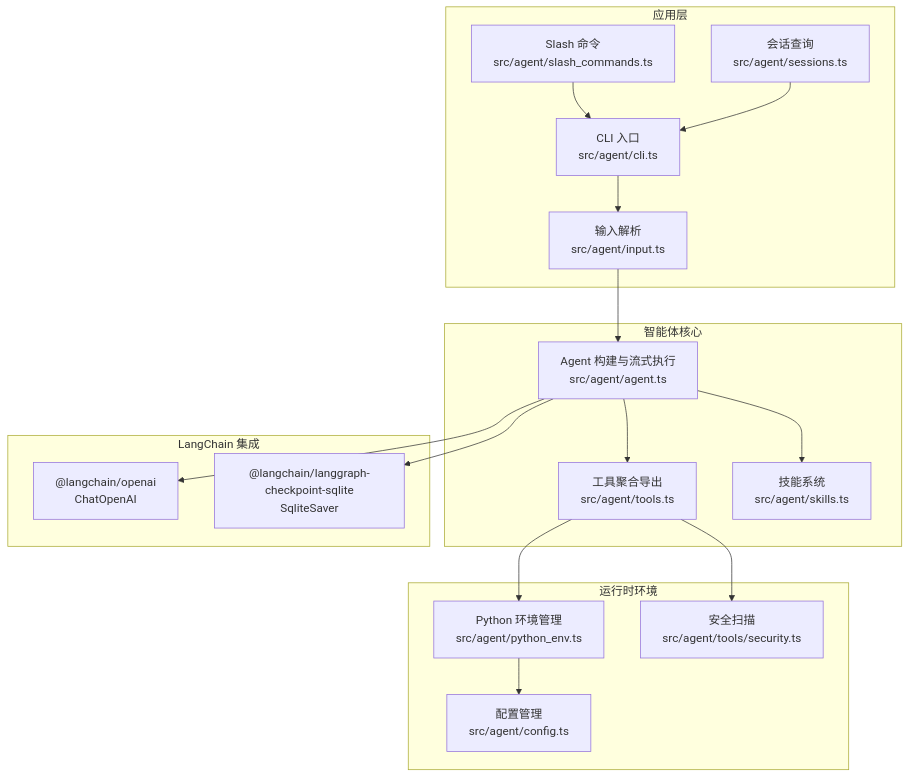
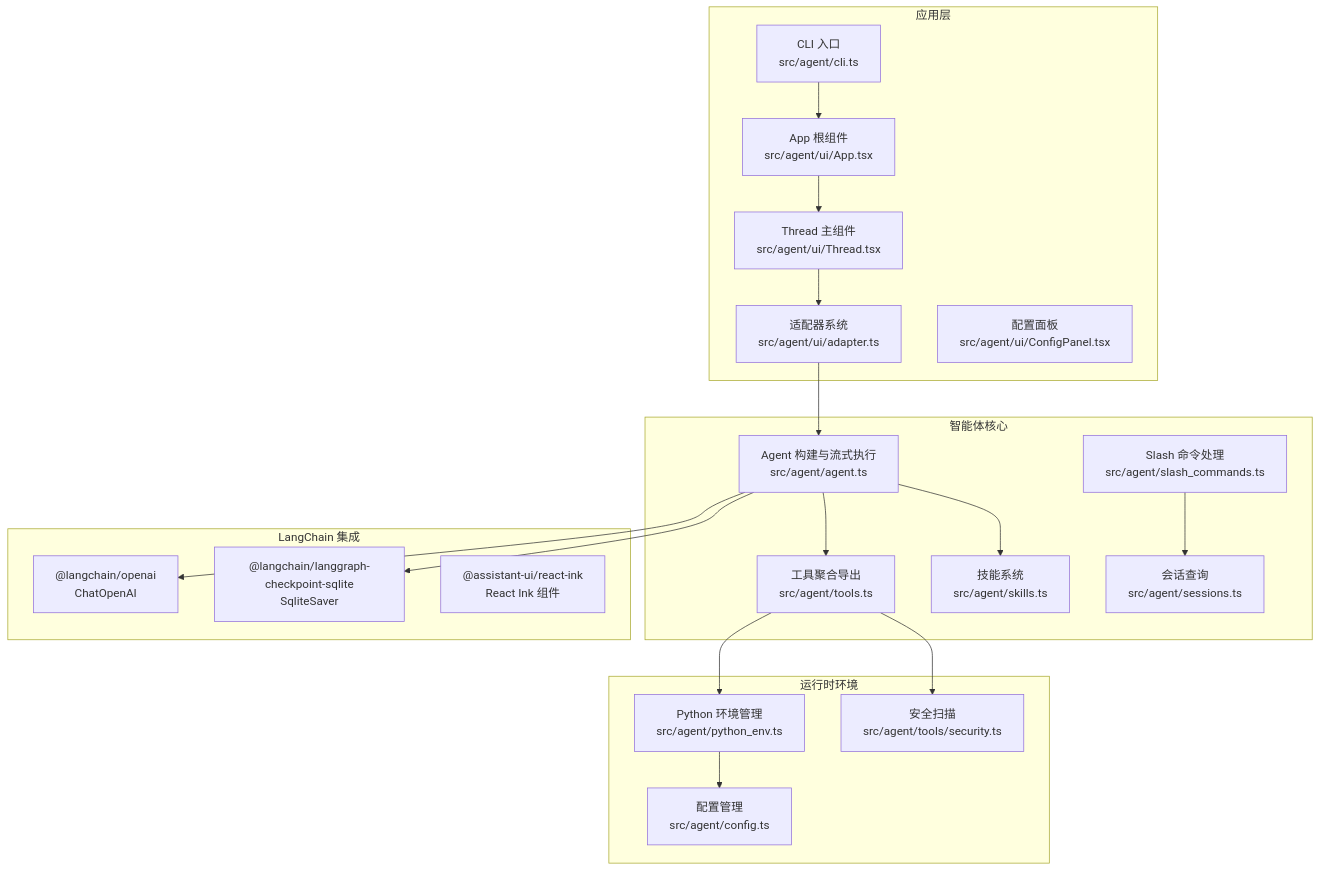
One commit to HAOFUYANG/onion-code changed the first of 13 diagrams in .qoder/repowiki/zh/content/核心架构/核心架构.md. Above: the diagram before and after it, drawn with Mermaid. The commit also changed other lines of this file and 13 other files, not shown here.

````diff
--- a/.qoder/repowiki/zh/content/核心架构/核心架构.md
+++ b/.qoder/repowiki/zh/content/核心架构/核心架构.md
@@ -59,33 +70,37 @@
 ```mermaid
 graph TB
 subgraph "应用层"
 CLI["CLI 入口<br/>src/agent/cli.ts"]
-Input["输入解析<br/>src/agent/input.ts"]
-Slash["Slash 命令<br/>src/agent/slash_commands.ts"]
-Sessions["会话查询<br/>src/agent/sessions.ts"]
+App["App 根组件<br/>src/agent/ui/App.tsx"]
+Thread["Thread 主组件<br/>src/agent/ui/Thread.tsx"]
+Adapter["适配器系统<br/>src/agent/ui/adapter.ts"]
+ConfigPanel["配置面板<br/>src/agent/ui/ConfigPanel.tsx"]
 end
 subgraph "智能体核心"
 Agent["Agent 构建与流式执行<br/>src/agent/agent.ts"]
 Tools["工具聚合导出<br/>src/agent/tools.ts"]
 Skills["技能系统<br/>src/agent/skills.ts"]
+SlashCmd["Slash 命令处理<br/>src/agent/slash_commands.ts"]
+Sessions["会话查询<br/>src/agent/sessions.ts"]
 end
 subgraph "LangChain 集成"
 Model["@langchain/openai<br/>ChatOpenAI"]
 Checkpoint["@langchain/langgraph-checkpoint-sqlite<br/>SqliteSaver"]
+AssistantUI["@assistant-ui/react-ink<br/>React Ink 组件"]
 end
 subgraph "运行时环境"
 Config["配置管理<br/>src/agent/config.ts"]
 PyEnv["Python 环境管理<br/>src/agent/python_env.ts"]
 Security["安全扫描<br/>src/agent/tools/security.ts"]
 end
-CLI --> Input --> Agent
-Slash --> CLI
-Sessions --> CLI
+CLI --> App --> Thread --> Adapter
+Adapter --> Agent
 Agent --> Model
 Agent --> Checkpoint
 Agent --> Tools
 Agent --> Skills
 Tools --> PyEnv
 Tools --> Security
 PyEnv --> Config
+SlashCmd --> Sessions
 ```
````
